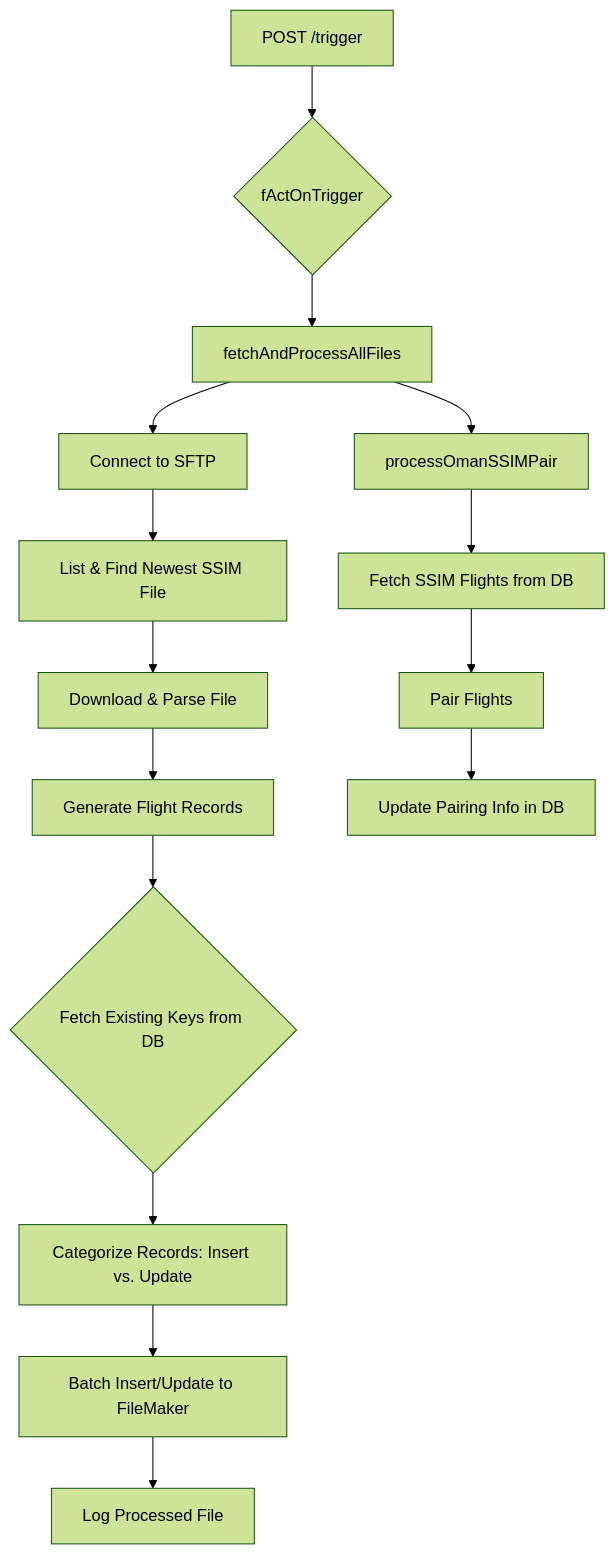
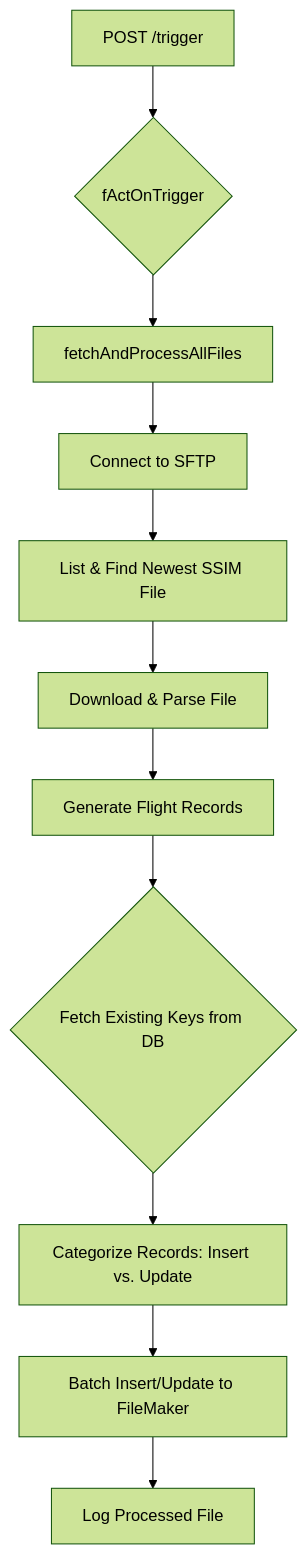
One commit to narayan-mindfire/IFCS-SYNC-DOCS changed the diagram in docs/BUSINESS-LOGIC/Oman-SSIM-processing.md. Above: the diagram before and after it, drawn with Mermaid (forest theme). The commit also changed other lines of this file, not shown here.

Commit message:
fix: update documentation for oman ssim file processing

````diff
--- a/docs/BUSINESS-LOGIC/Oman-SSIM-processing.md
+++ b/docs/BUSINESS-LOGIC/Oman-SSIM-processing.md
@@ -24,17 +24,13 @@
 ```mermaid
 graph TD
     A[POST /trigger] --> B{fActOnTrigger};
     B --> C[fetchAndProcessAllFiles];
     C --> D[Connect to SFTP];
     D --> E[List & Find Newest SSIM File];
     E --> F[Download & Parse File];
     F --> G[Generate Flight Records];
     G --> H{Fetch Existing Keys from DB};
     H --> I[Categorize Records: Insert vs. Update];
     I --> J[Batch Insert/Update to FileMaker];
     J --> K[Log Processed File];
-    C --> L[processOmanSSIMPair];
-    L --> M[Fetch SSIM Flights from DB];
-    M --> N[Pair Flights];
-    N --> O[Update Pairing Info in DB];
 ```
````
